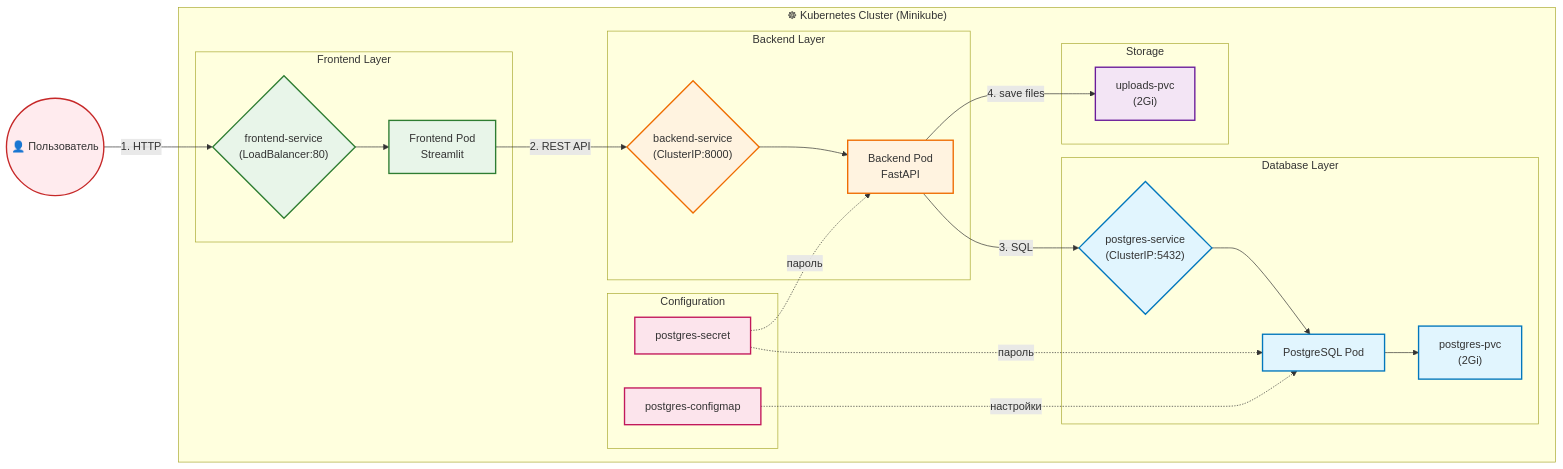
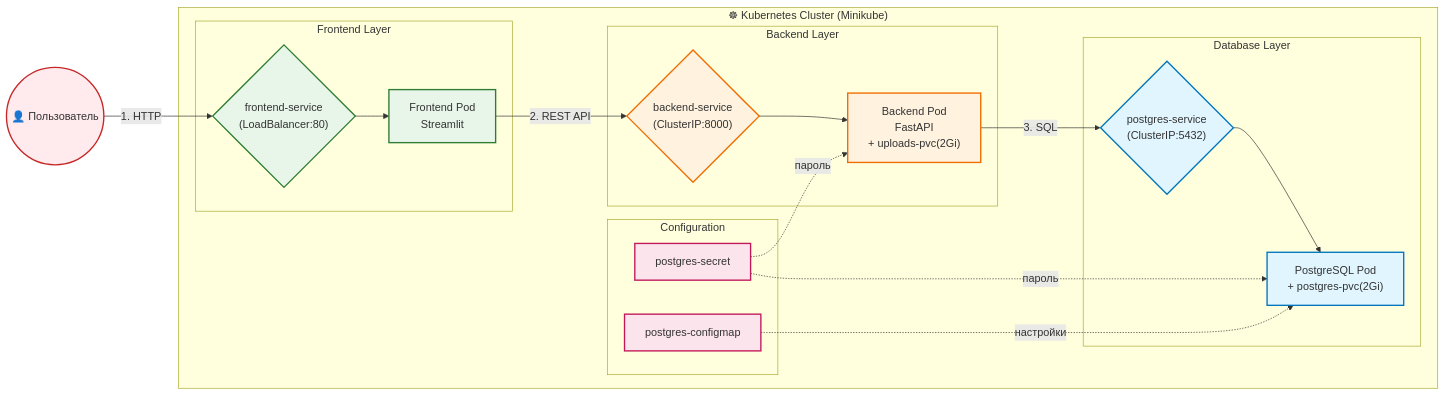
One commit to AlinaSabitova/Analytics-docker-labs changed the second of 2 diagrams in lab4/Lab4.md. Above: the diagram before and after it, drawn with Mermaid.

````diff
--- a/lab4/Lab4.md
+++ b/lab4/Lab4.md
@@ -95,62 +95,53 @@
 ```mermaid
 graph LR
     classDef user fill:#ffebee,stroke:#c62828,stroke-width:2px
     classDef frontend fill:#e8f5e9,stroke:#2e7d32,stroke-width:2px
     classDef backend fill:#fff3e0,stroke:#ef6c00,stroke-width:2px
     classDef database fill:#e1f5fe,stroke:#0277bd,stroke-width:2px
-    classDef storage fill:#f3e5f5,stroke:#6a1b9a,stroke-width:2px
     classDef config fill:#fce4ec,stroke:#c2185b,stroke-width:2px
 
     User(("👤 Пользователь"))
 
     subgraph K8s ["☸ Kubernetes Cluster (Minikube)"]
         
         subgraph CF ["Configuration"]
             Secret["postgres-secret"]
             ConfigMap["postgres-configmap"]
         end
 
         subgraph FE ["Frontend Layer"]
             FrontendSVC{"frontend-service\n(LoadBalancer:80)"}
             FrontendPod["Frontend Pod\nStreamlit"]
         end
 
         subgraph BE ["Backend Layer"]
             BackendSVC{"backend-service\n(ClusterIP:8000)"}
-            BackendPod["Backend Pod\nFastAPI"]
+            BackendPod["Backend Pod\nFastAPI\n+ uploads-pvc(2Gi)"]
         end
 
         subgraph DB ["Database Layer"]
             PostgresSVC{"postgres-service\n(ClusterIP:5432)"}
-            PostgresPod["PostgreSQL Pod"]
-            PostgresPVC["postgres-pvc\n(2Gi)"]
-        end
-
-        subgraph ST ["Storage"]
-            UploadsPVC["uploads-pvc\n(2Gi)"]
+            PostgresPod["PostgreSQL Pod\n+ postgres-pvc(2Gi)"]
         end
     end
 
-    %% Основной поток данных (слева направо)
+    %% Основной поток данных
     User -->|"1. HTTP"| FrontendSVC
     FrontendSVC --> FrontendPod
     FrontendPod -->|"2. REST API"| BackendSVC
     BackendSVC --> BackendPod
     BackendPod -->|"3. SQL"| PostgresSVC
-    BackendPod -->|"4. save files"| UploadsPVC
     PostgresSVC --> PostgresPod
-    PostgresPod --> PostgresPVC
     
-    %% Конфигурация (пунктир)
+    %% Конфигурация
     Secret -.->|"пароль"| PostgresPod
     Secret -.->|"пароль"| BackendPod
     ConfigMap -.->|"настройки"| PostgresPod
 
     %% Стили
     class User user
     class FrontendSVC,FrontendPod frontend
     class BackendSVC,BackendPod backend
-    class PostgresSVC,PostgresPod,PostgresPVC database
-    class UploadsPVC storage
+    class PostgresSVC,PostgresPod database
     class Secret,ConfigMap config
 ```
````
